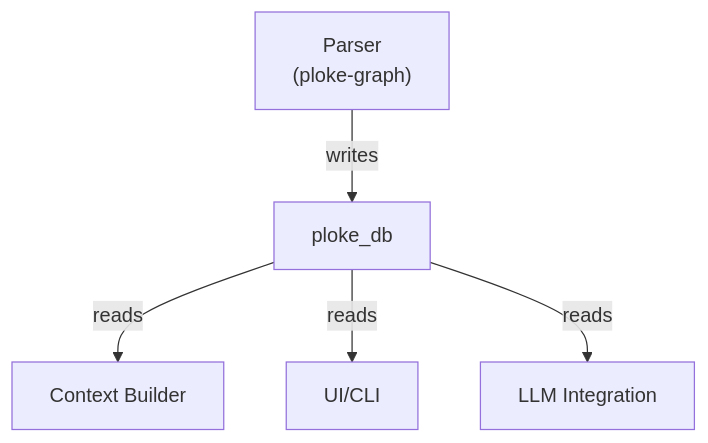
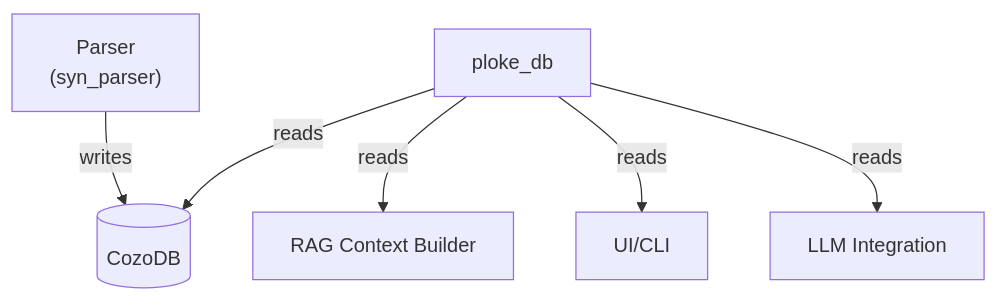
Before and after one commit to josephleblanc/ploke: the diagram in crates/ploke-db/README.md, drawn with Mermaid. The commit also changed other lines of this file and 1 other file, not shown here.

````diff
--- a/crates/ploke-db/README.md
+++ b/crates/ploke-db/README.md
@@ -76,7 +71,8 @@
 ```mermaid
 flowchart TD
-    parser["Parser\n(ploke-graph)"] -->|writes| ploke_db
-    ploke_db -->|reads| context["Context Builder"]
+    parser["Parser\n(syn_parser)"] -->|writes| db[(CozoDB)]
+    ploke_db -->|reads| db
+    ploke_db -->|reads| context["RAG Context Builder"]
     ploke_db -->|reads| ui["UI/CLI"]
     ploke_db -->|reads| llm["LLM Integration"]
 ```
````
